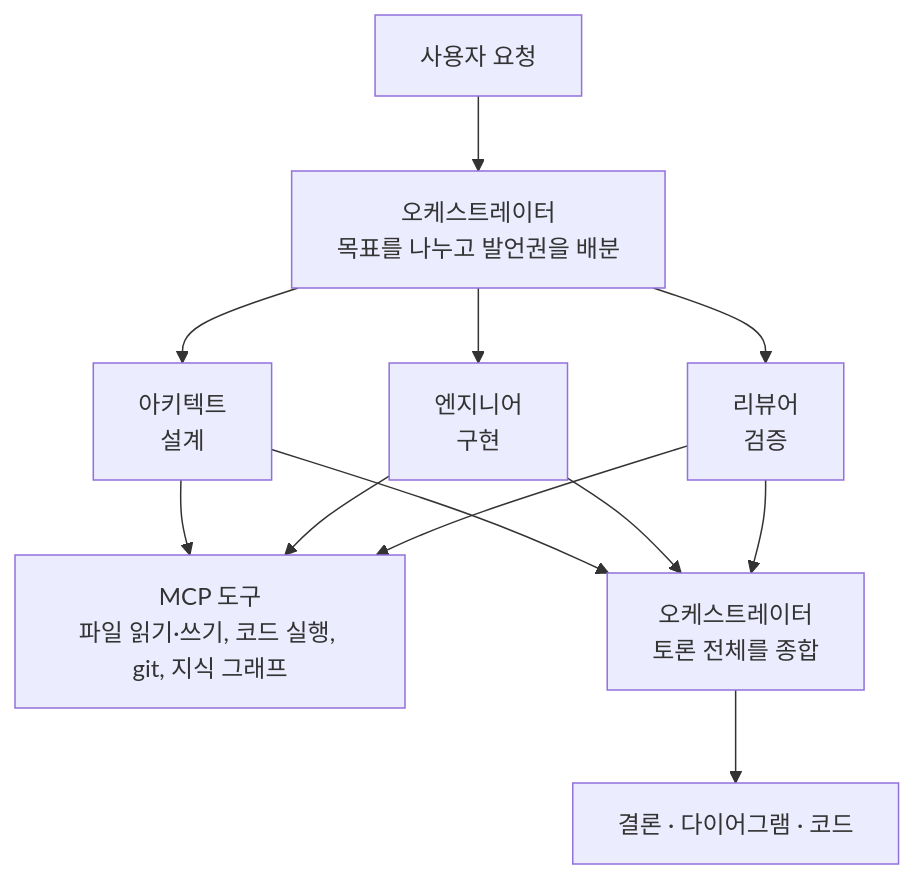
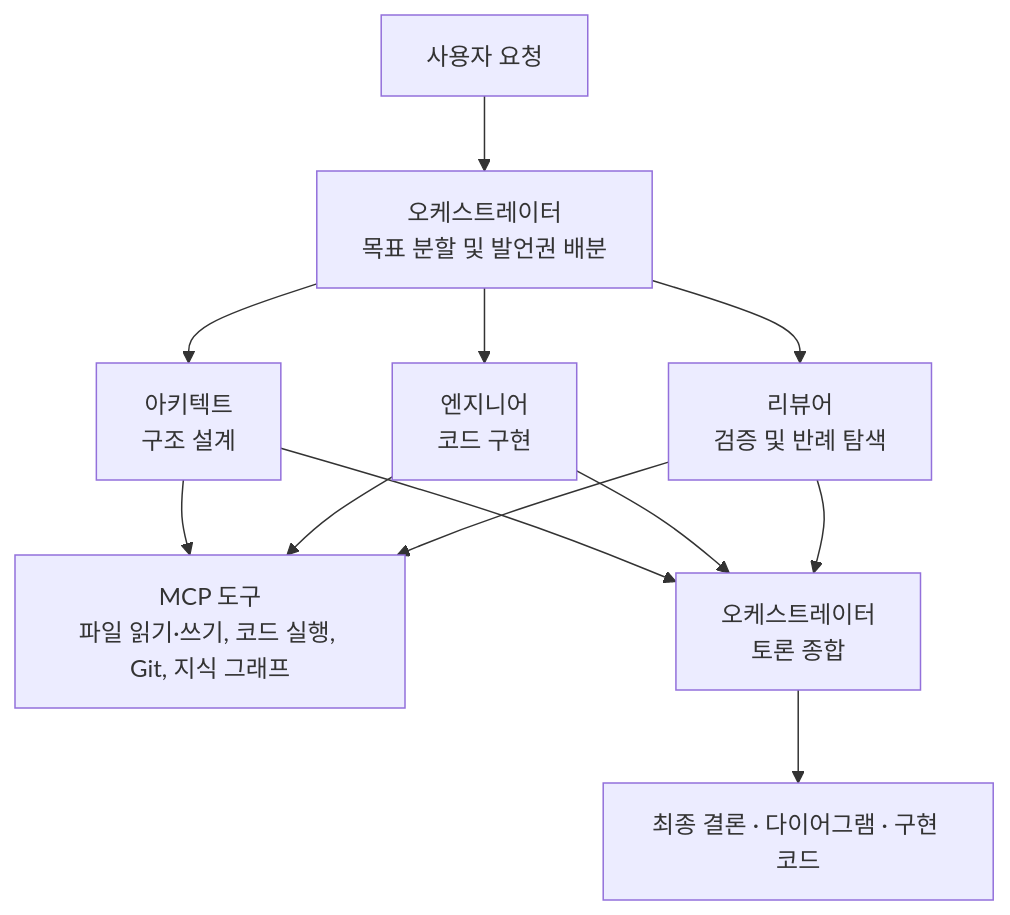
The first of 3 diagrams in lectures/01-introduction.md (HaJaehee/MultiAgentDebateAndOrchestrationPlatform), drawn with Mermaid before and after one commit. The commit also changed other lines of this file and 39 other files, not shown here.

````diff
--- a/lectures/01-introduction.md
+++ b/lectures/01-introduction.md
@@ -24,14 +17,14 @@
 ```mermaid
 flowchart TB
-    req["사용자 요청"] --> orch1["오케스트레이터<br/>목표를 나누고 발언권을 배분"]
-    orch1 --> arch["아키텍트<br/>설계"]
-    orch1 --> eng["엔지니어<br/>구현"]
-    orch1 --> rev["리뷰어<br/>검증"]
-    arch --> tools["MCP 도구<br/>파일 읽기·쓰기, 코드 실행, git, 지식 그래프"]
+    req["사용자 요청"] --> orch1["오케스트레이터<br/>목표 분할 및 발언권 배분"]
+    orch1 --> arch["아키텍트<br/>구조 설계"]
+    orch1 --> eng["엔지니어<br/>코드 구현"]
+    orch1 --> rev["리뷰어<br/>검증 및 반례 탐색"]
+    arch --> tools["MCP 도구<br/>파일 읽기·쓰기, 코드 실행, Git, 지식 그래프"]
     eng --> tools
     rev --> tools
-    arch --> orch2["오케스트레이터<br/>토론 전체를 종합"]
+    arch --> orch2["오케스트레이터<br/>토론 종합"]
     eng --> orch2
     rev --> orch2
-    orch2 --> out["결론 · 다이어그램 · 코드"]
+    orch2 --> out["최종 결론 · 다이어그램 · 구현 코드"]
 ```
````
